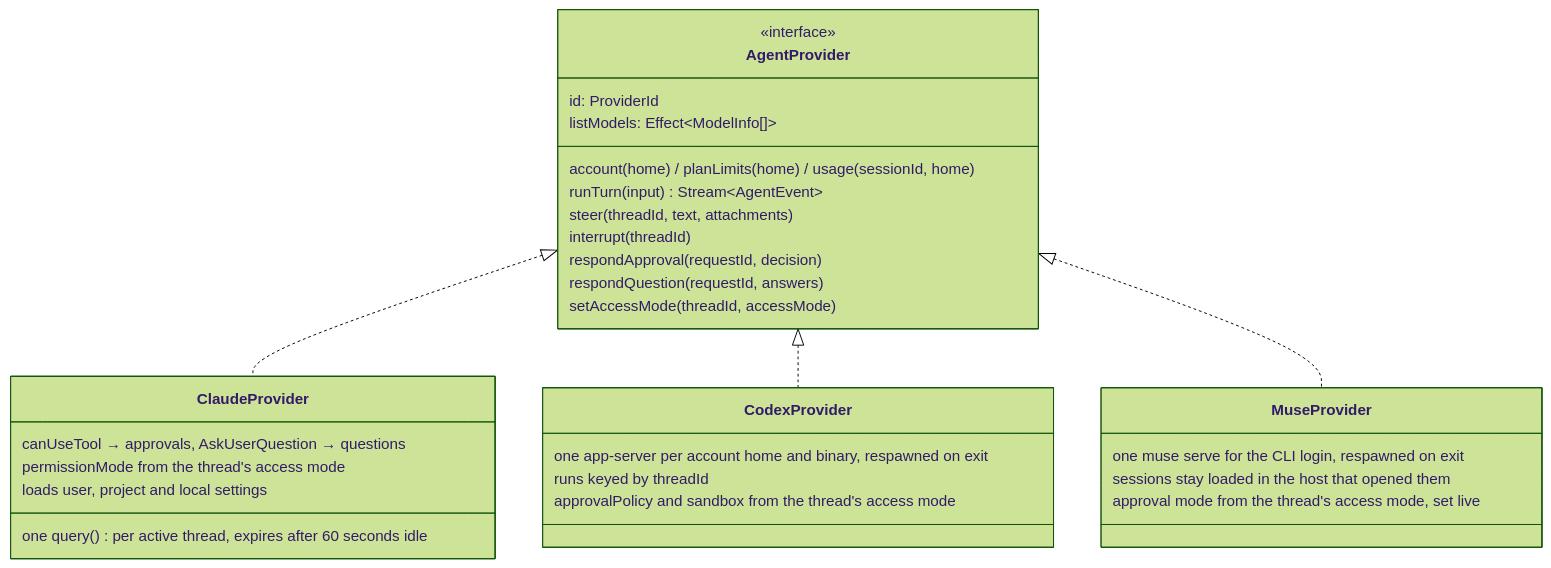
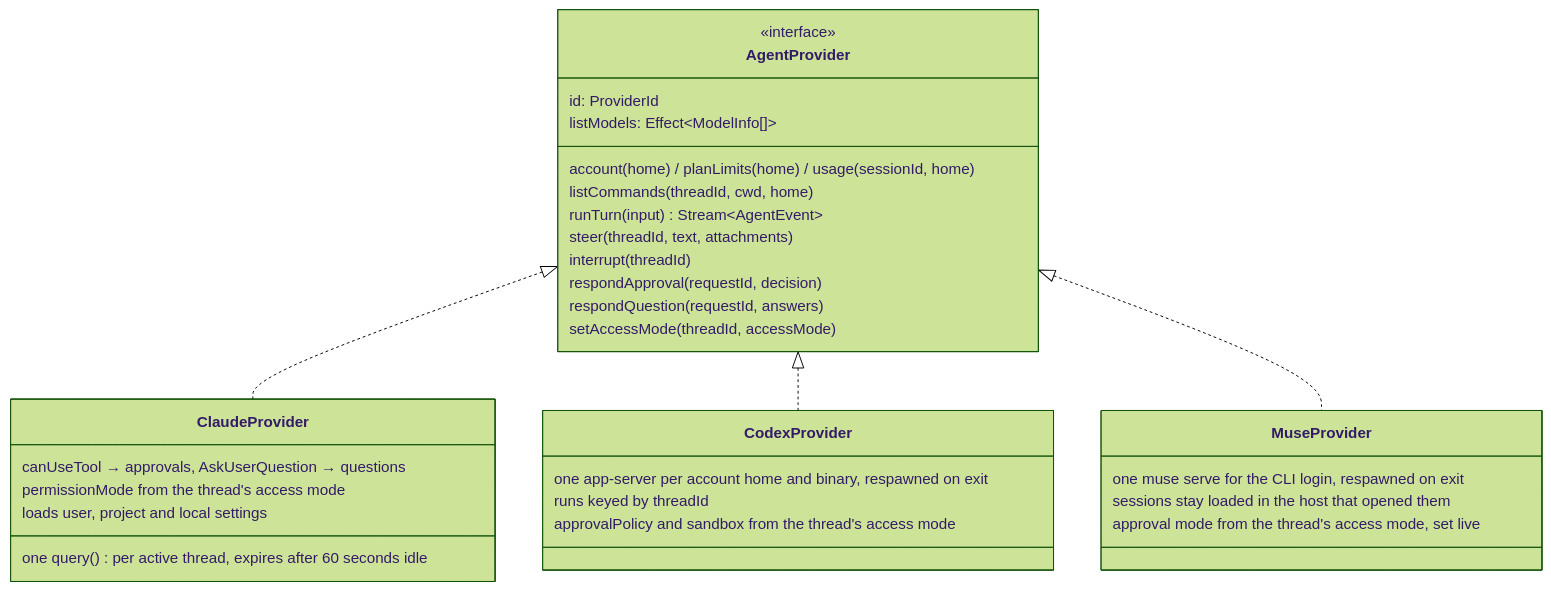
One commit to hinadev-ai/hinacode changed the fourth of 16 diagrams in docs/arch.md. Above: the diagram before and after it, drawn with Mermaid (forest theme). The commit also changed other lines of this file and 3 other files, not shown here.

````diff
--- a/docs/arch.md
+++ b/docs/arch.md
@@ -109,34 +109,35 @@
 ```mermaid
 classDiagram
   class AgentProvider {
     <<interface>>
     id: ProviderId
     listModels: Effect~ModelInfo[]~
     account(home) / planLimits(home) / usage(sessionId, home)
+    listCommands(threadId, cwd, home)
     runTurn(input) Stream~AgentEvent~
     steer(threadId, text, attachments)
     interrupt(threadId)
     respondApproval(requestId, decision)
     respondQuestion(requestId, answers)
     setAccessMode(threadId, accessMode)
   }
   class ClaudeProvider {
     one query() per active thread, expires after 60 seconds idle
     canUseTool → approvals, AskUserQuestion → questions
     permissionMode from the thread's access mode
     loads user, project and local settings
   }
   class CodexProvider {
     one app-server per account home and binary, respawned on exit
     runs keyed by threadId
     approvalPolicy and sandbox from the thread's access mode
   }
   class MuseProvider {
     one muse serve for the CLI login, respawned on exit
     sessions stay loaded in the host that opened them
     approval mode from the thread's access mode, set live
   }
   AgentProvider <|.. ClaudeProvider
   AgentProvider <|.. CodexProvider
   AgentProvider <|.. MuseProvider
 ```
````
